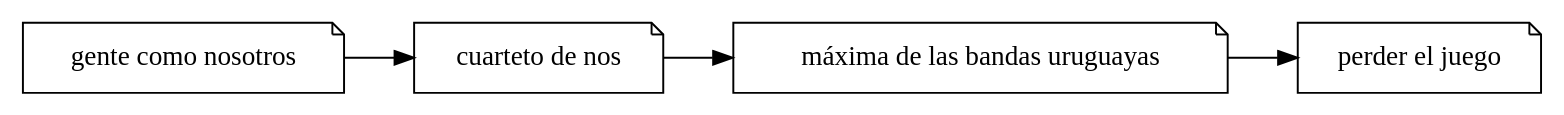
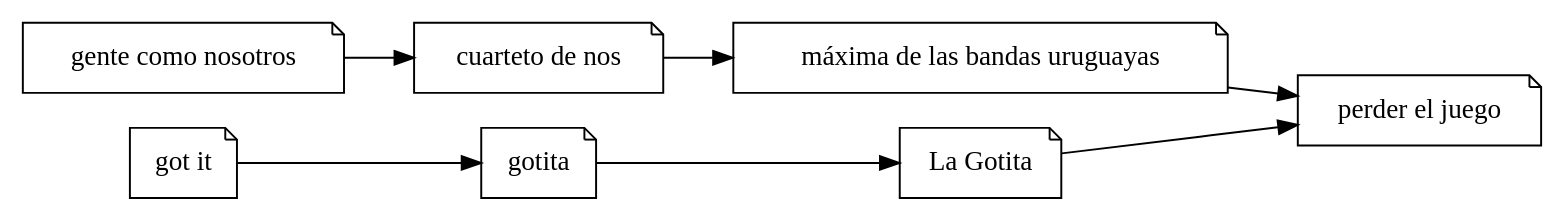
The diagram in rob/ilostthegame.dot (ramiror/ilostthegame), drawn with Graphviz before and after one commit.

Commit message:
Added la gotita. whitespace.

```diff
--- a/rob/ilostthegame.dot
+++ b/rob/ilostthegame.dot
@@ -1,12 +1,16 @@
 digraph
 {
-	rankdir="LR"
-	node [shape="note"]
+    rankdir="LR"
+    node [shape="note"]
 
-	pej [label="perder el juego"]
-	nos [label="gente como nosotros"]
-	cdn [label="cuarteto de nos"]
-	uru [label="máxima de las bandas uruguayas"]
+    pej [label="perder el juego"]
+    nos [label="gente como nosotros"]
+    cdn [label="cuarteto de nos"]
+    uru [label="máxima de las bandas uruguayas"]
+    gotit [label="got it"]
+    gotita [label="gotita"]
+    lagotita [label="La Gotita"]
 
-	nos -> cdn -> uru -> pej
+    nos -> cdn -> uru           -> pej
+    gotit -> gotita -> lagotita -> pej
 }
```
